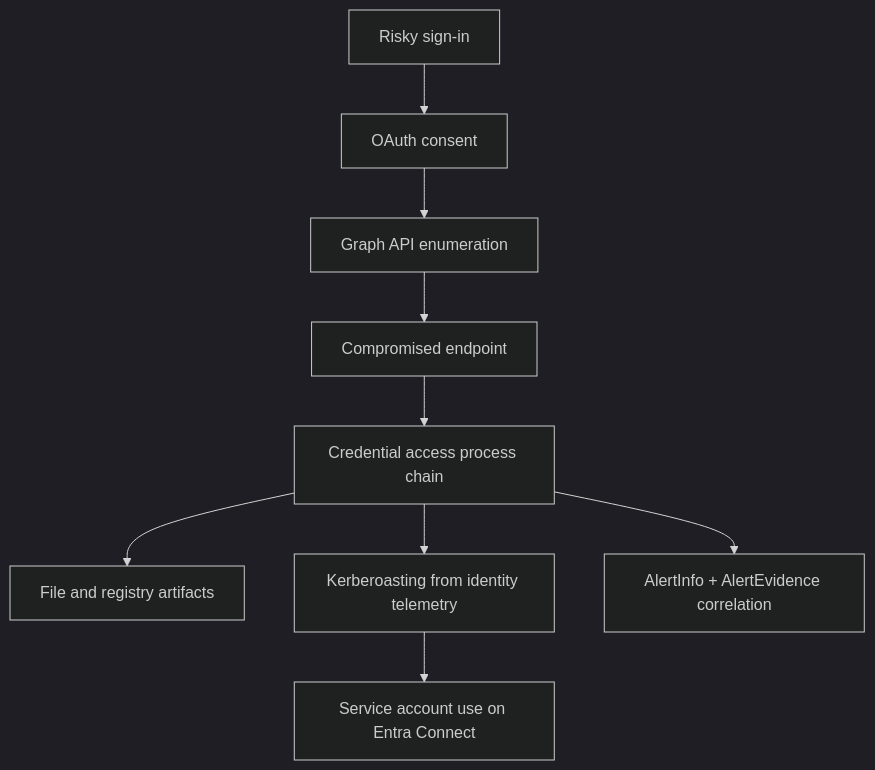
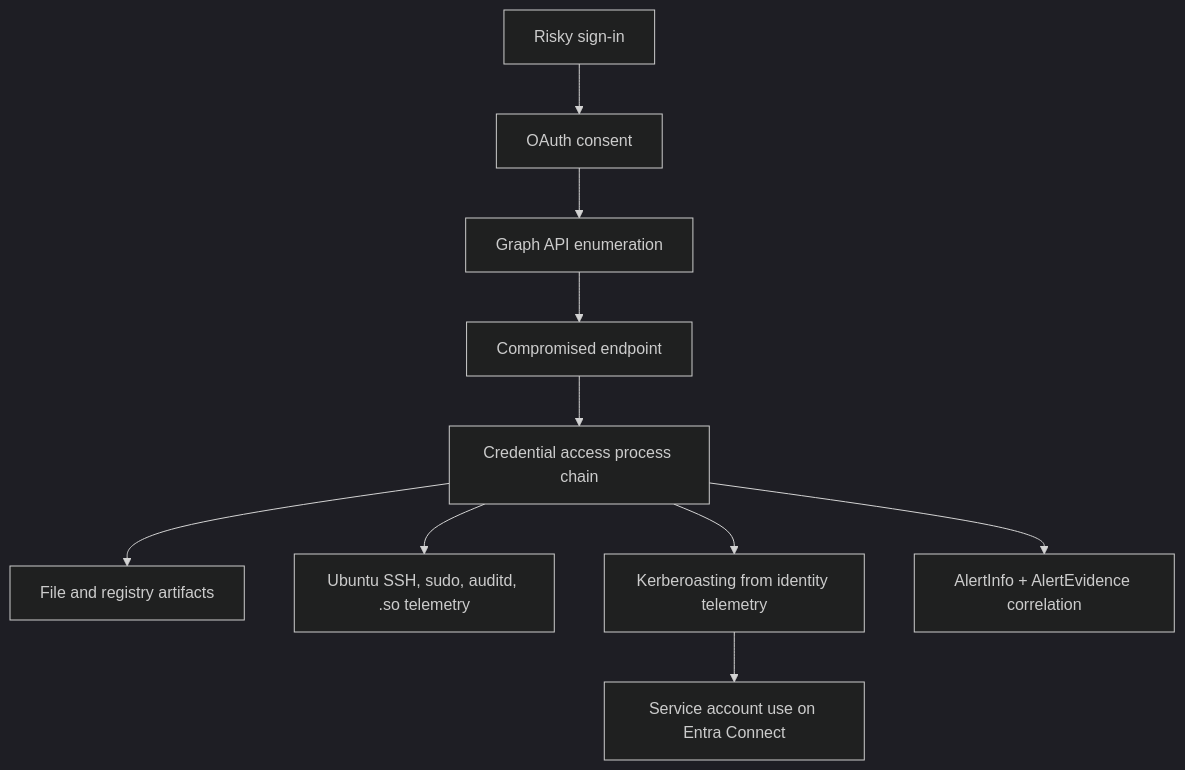
One commit to dcodev1702/Cyber-Defense-Workshop-ADX changed the third of 3 diagrams in docs/diagrams.md. Above: the diagram before and after it, drawn with Mermaid (dark theme). The commit also changed other lines of this file and 54 other files, not shown here.

Commit message:
Overhaul Ubuntu Linux telemetry

````diff
--- a/docs/diagrams.md
+++ b/docs/diagrams.md
@@ -60,11 +63,12 @@
 ```mermaid
 flowchart TD
     A[Risky sign-in] --> B[OAuth consent]
     B --> C[Graph API enumeration]
     C --> D[Compromised endpoint]
     D --> E[Credential access process chain]
     E --> F[File and registry artifacts]
+    E --> L[Ubuntu SSH, sudo, auditd, .so telemetry]
     E --> G[Kerberoasting from identity telemetry]
     G --> H[Service account use on Entra Connect]
     E --> I[AlertInfo + AlertEvidence correlation]
 ```
````
